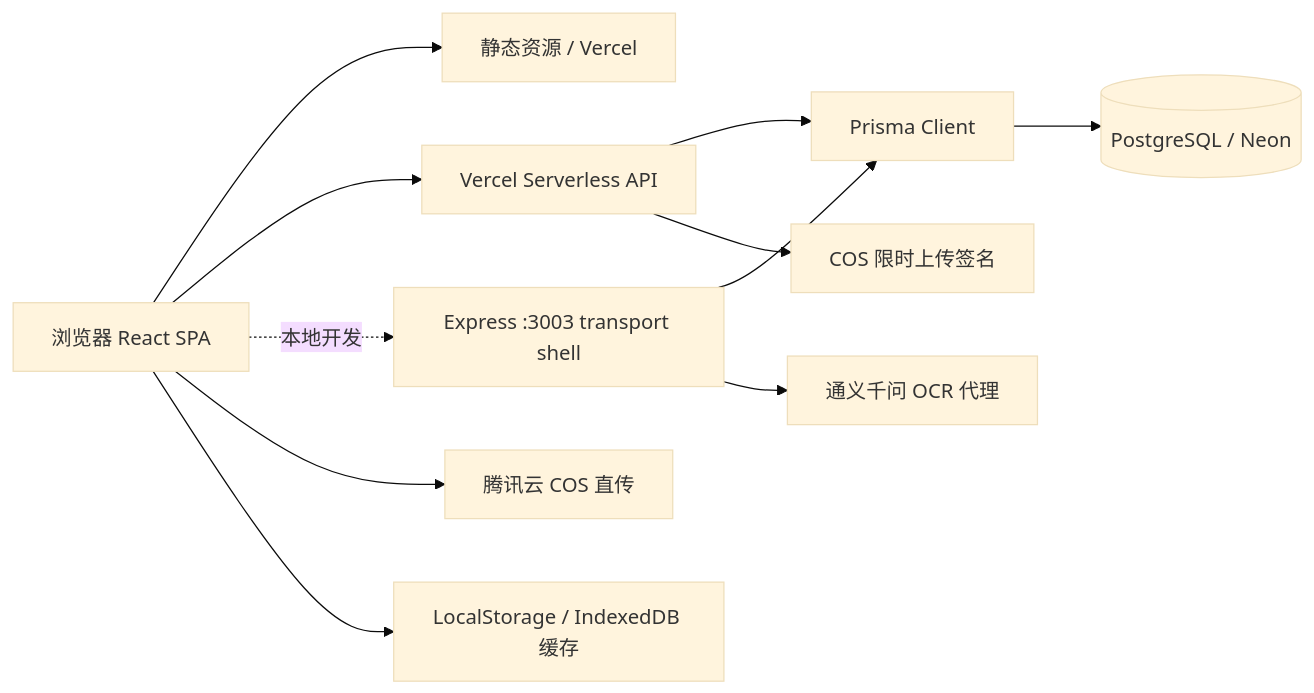
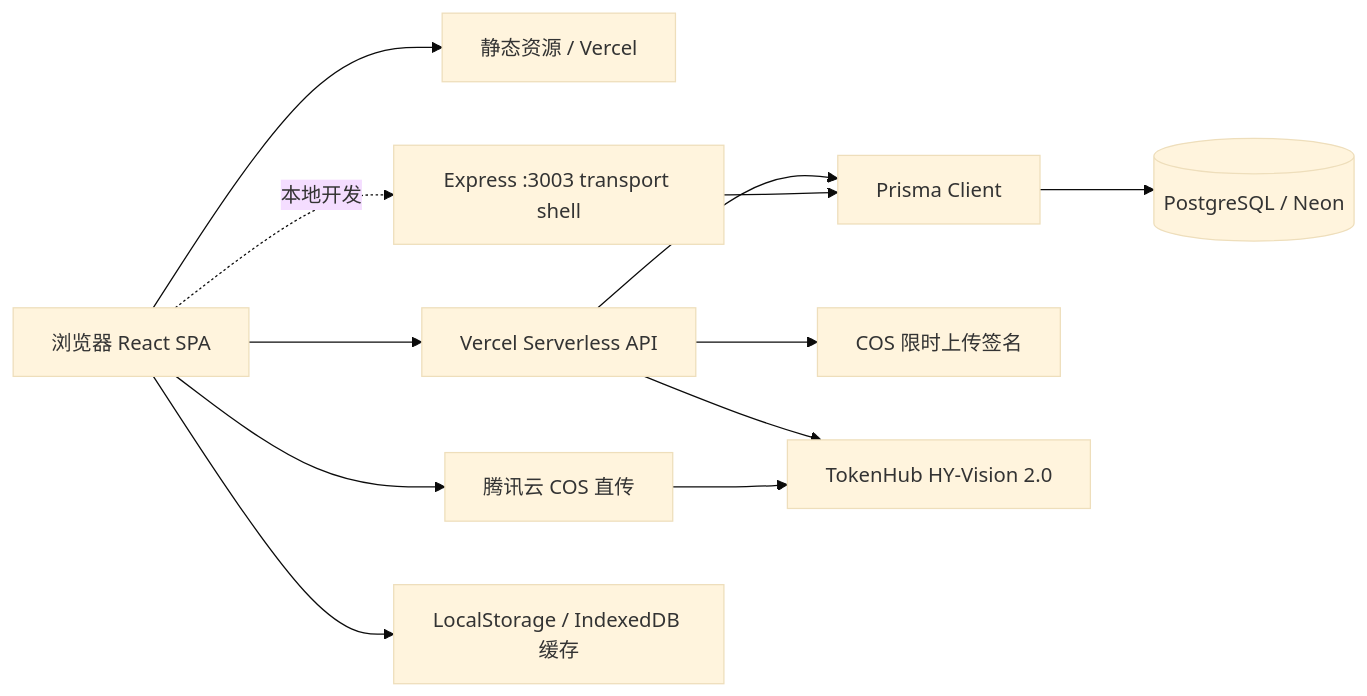
Before and after one commit to yipengmu/family_tree: the diagram in SPEC.md, drawn with Mermaid (base theme). The commit also changed other lines of this file and 32 other files, not shown here.

Commit message:
feat: 替换传统OCR为TokenHub图片解析并增加父系引导

````diff
--- a/SPEC.md
+++ b/SPEC.md
@@ -397,13 +436,14 @@
 ```mermaid
 flowchart LR
   U[浏览器 React SPA] --> V[静态资源 / Vercel]
   U --> A[Vercel Serverless API]
   U -.本地开发.-> E[Express :3003 transport shell]
   A --> P[Prisma Client]
   P --> D[(PostgreSQL / Neon)]
   E --> P
-  E --> Q[通义千问 OCR 代理]
   A --> S[COS 限时上传签名]
   U --> O[腾讯云 COS 直传]
+  A --> H[TokenHub HY-Vision 2.0]
+  O --> H
   U --> C[LocalStorage / IndexedDB 缓存]
 ```
````
